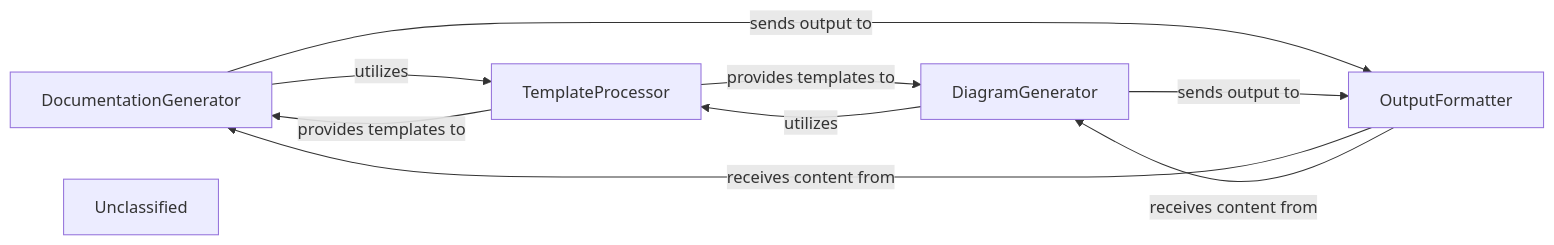
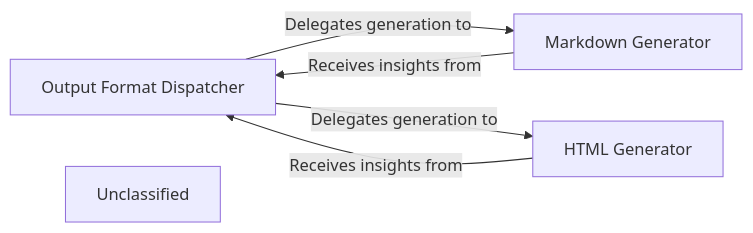
One commit to CodeBoarding/CodeBoarding changed the diagram in .codeboarding/Output_Generation_Engine.md. Above: the diagram before and after it, drawn with Mermaid. The commit also changed other lines of this file and 21 other files, not shown here.

First line of the commit message:
docs: update codeboarding documentation and generate architecture

````diff
--- a/.codeboarding/Output_Generation_Engine.md
+++ b/.codeboarding/Output_Generation_Engine.md
@@ -1,16 +1,11 @@
 ```mermaid
 graph LR
-    DocumentationGenerator["DocumentationGenerator"]
-    DiagramGenerator["DiagramGenerator"]
-    TemplateProcessor["TemplateProcessor"]
-    OutputFormatter["OutputFormatter"]
+    Output_Format_Dispatcher["Output Format Dispatcher"]
+    Markdown_Generator["Markdown Generator"]
+    HTML_Generator["HTML Generator"]
     Unclassified["Unclassified"]
-    DocumentationGenerator -- "utilizes" --> TemplateProcessor
-    DocumentationGenerator -- "sends output to" --> OutputFormatter
-    DiagramGenerator -- "utilizes" --> TemplateProcessor
-    DiagramGenerator -- "sends output to" --> OutputFormatter
-    TemplateProcessor -- "provides templates to" --> DocumentationGenerator
-    TemplateProcessor -- "provides templates to" --> DiagramGenerator
-    OutputFormatter -- "receives content from" --> DocumentationGenerator
-    OutputFormatter -- "receives content from" --> DiagramGenerator
+    Output_Format_Dispatcher -- "Delegates generation to" --> Markdown_Generator
+    Output_Format_Dispatcher -- "Delegates generation to" --> HTML_Generator
+    Markdown_Generator -- "Receives insights from" --> Output_Format_Dispatcher
+    HTML_Generator -- "Receives insights from" --> Output_Format_Dispatcher
 ```
````
